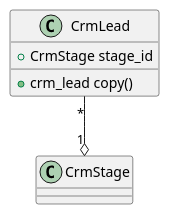
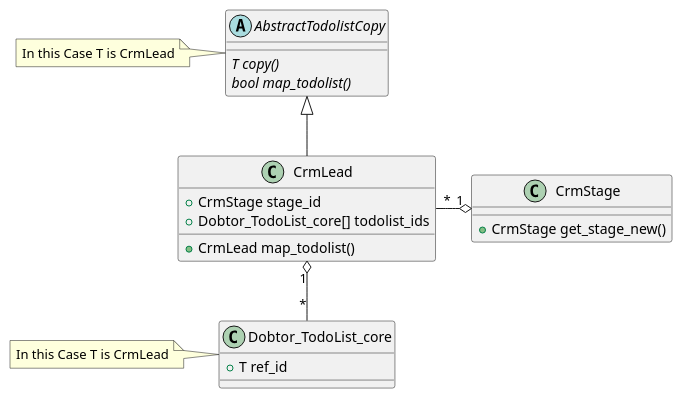
One commit to Dobtor/ProductivityTools changed the diagram in dobtor_todolist_crm_opportunity/doc/uml.wsd. Above: the diagram before and after it, drawn with PlantUML. The commit also changed 14 other files, not shown here.

Commit message:
[REF][IMP] todolist : refactoring and improvements

```diff
--- a/dobtor_todolist_crm_opportunity/doc/uml.wsd
+++ b/dobtor_todolist_crm_opportunity/doc/uml.wsd
@@ -1,16 +1,27 @@
 @startuml
-
+abstract class AbstractTodolistCopy {
+    {abstract} T copy()
+    {abstract} bool map_todolist()
+}
+note left: In this Case T is CrmLead
 
 Class CrmLead {
     + CrmStage stage_id
-    + crm_lead copy()
+    + CrmLead map_todolist()
+    + Dobtor_TodoList_core[] todolist_ids
 }
 
+Class Dobtor_TodoList_core {
+    + T ref_id
+}
+note left: In this Case T is CrmLead
+
 Class CrmStage {
-    
+    + CrmStage get_stage_new()
 }
 
-' crm_lead ()-- CrmLead
-' crm_stage ()-- CrmStage
-CrmLead "*" --o "1" CrmStage
+
+AbstractTodolistCopy <|-- CrmLead
+CrmLead "*" -o "1" CrmStage
+CrmLead "1" o-- "*" Dobtor_TodoList_core
 @enduml
```
